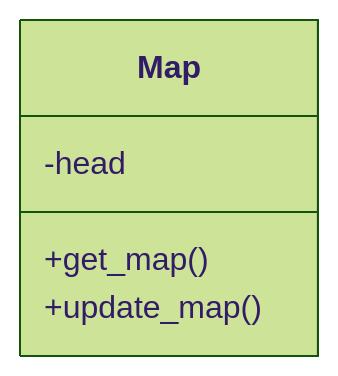
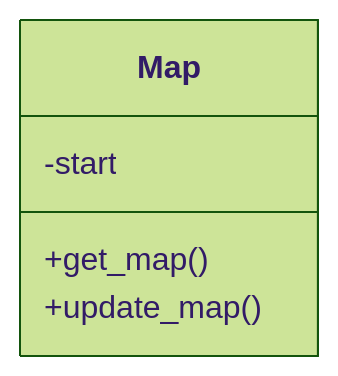
The second of 3 diagrams in README.md (edward-yee-ny/j1-summary-project-private-), drawn with Mermaid (forest theme) before and after one commit. The commit also changed other lines of this file, not shown here.

````diff
--- a/README.md
+++ b/README.md
@@ -84,6 +86,6 @@
 ```mermaid
 classDiagram
-    Map : -head
+    Map : -start
     Map : +get_map()
     Map : +update_map()
 ```
````
